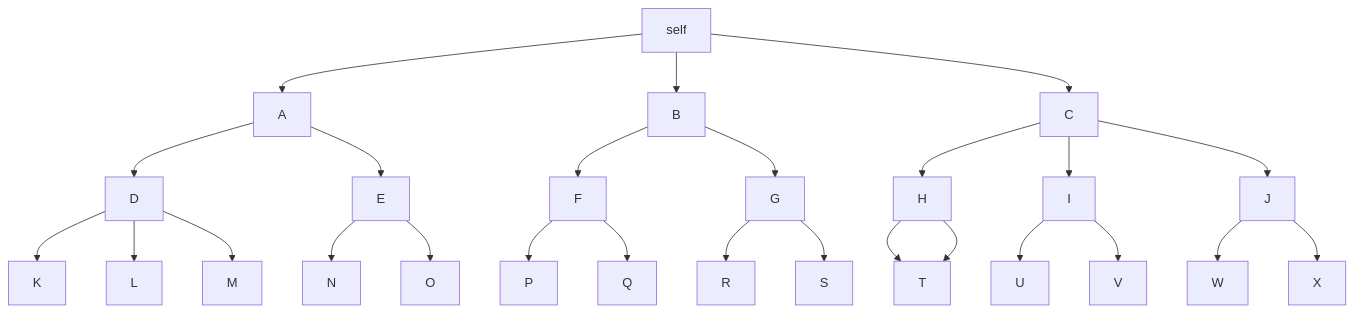
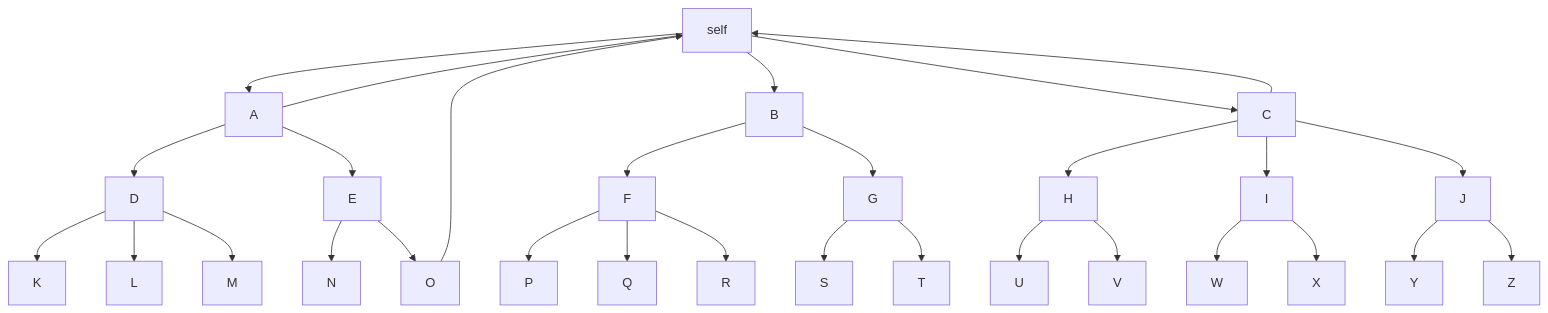
One commit to KyGost/Kopple changed the diagram in documentation/client.md. Above: the diagram before and after it, drawn with Mermaid. The commit also changed other lines of this file, not shown here.

Commit message:
documentation/client.md updated from https://stackedit.io/

````diff
--- a/documentation/client.md
+++ b/documentation/client.md
@@ -12,28 +12,32 @@
 ```mermaid
 graph TD;
 	self-->A;
 	self-->B;
 	self-->C;
+	A-->self;
 	A-->D;
 	A-->E;
 	B-->F;
 	B-->G;
+	C-->self;
 	C-->H;
 	C-->I;
 	C-->J;
 	D-->K;
 	D-->L;
 	D-->M;
 	E-->N;
 	E-->O;
 	F-->P;
 	F-->Q;
-	G-->R;
+	F-->R;
 	G-->S;
-	H-->T;
-	H-->T;
-	I-->U;
-	I-->V;
-	J-->W;
-	J-->X;
+	G-->T;
+	H-->U;
+	H-->V;
+	I-->W;
+	I-->X;
+	J-->Y;
+	J-->Z;
+	O-->self
 ```
````
